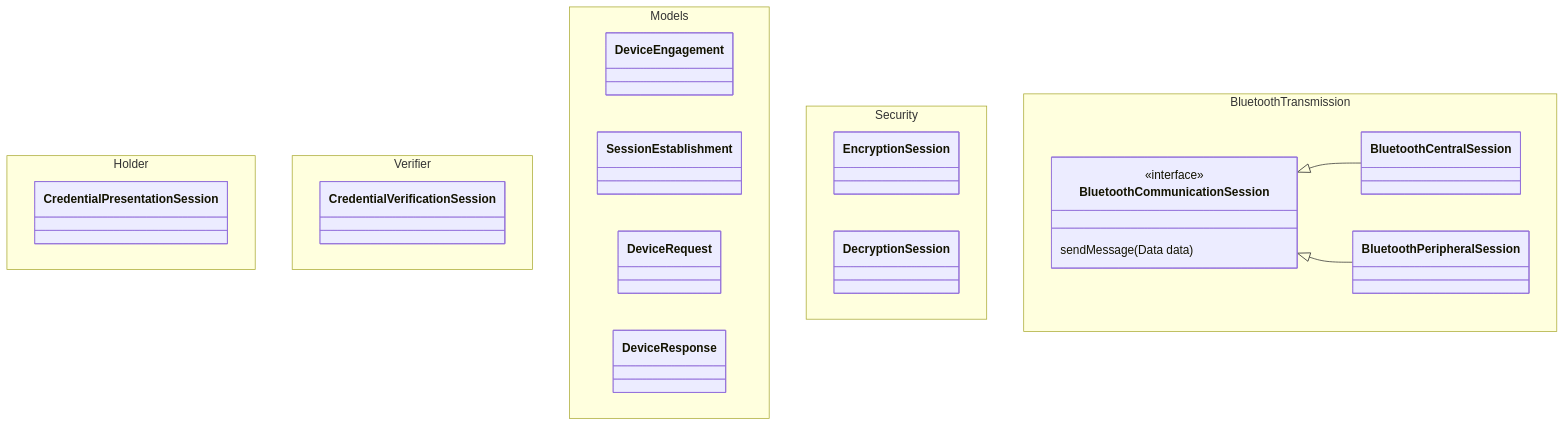
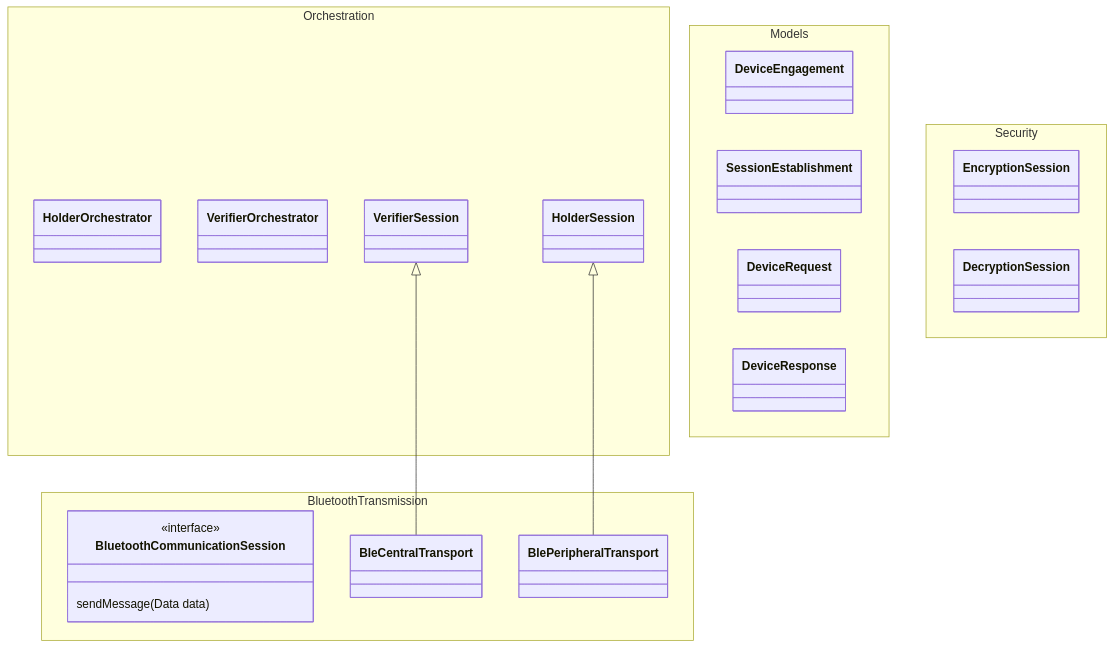
Before and after one commit to govuk-one-login/mobile-credential-sharing-ios: the diagram in README.md, drawn with Mermaid. The commit also changed other lines of this file and 1 other file, not shown here.

````diff
--- a/README.md
+++ b/README.md
@@ -20,34 +36,33 @@
 ```mermaid
 classDiagram
-namespace Holder {
-    class CredentialPresentationSession
-}
-
-namespace Verifier {
-    class CredentialVerificationSession
+namespace Orchestration {
+    class HolderOrchestrator
+    class VerifierOrchestrator
+    class HolderSession
+    class VerifierSession
 }
 
 namespace Models {
     class DeviceEngagement
     class SessionEstablishment
     class DeviceRequest
     class DeviceResponse
 }
 
 namespace Security {
     class EncryptionSession
     class DecryptionSession
 }
 
 namespace BluetoothTransmission {
     class BluetoothCommunicationSession{
         <<interface>>
         sendMessage(Data data)
     }
-    class BluetoothCentralSession
-    class BluetoothPeripheralSession
+    class BleCentralTransport
+    class BlePeripheralTransport
 }
 
-BluetoothCommunicationSession<|--BluetoothCentralSession
-BluetoothCommunicationSession <|-- BluetoothPeripheralSession
+VerifierSession <|-- BleCentralTransport
+HolderSession <|-- BlePeripheralTransport
 ```
````
